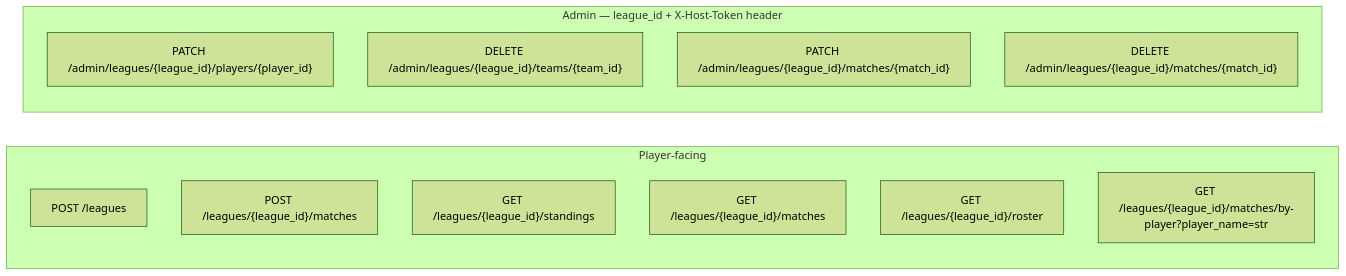
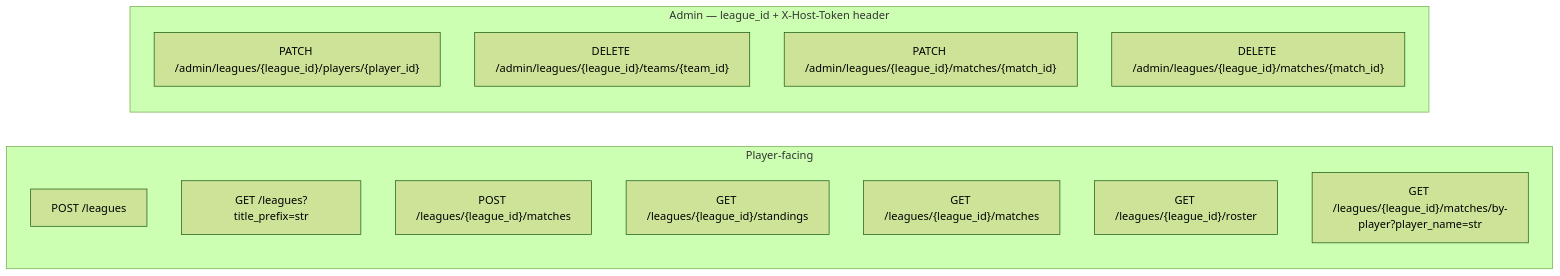
The diagram in Design_Doc/TLMB_Design_doc/13_api_contracts.md (swjeong0825/TLMB_backend_main), drawn with Mermaid (forest theme) before and after one commit. The commit also changed other lines of this file and 15 other files, not shown here.

````diff
--- a/Design_Doc/TLMB_Design_doc/13_api_contracts.md
+++ b/Design_Doc/TLMB_Design_doc/13_api_contracts.md
@@ -11,17 +12,18 @@
 ```mermaid
 flowchart LR
     subgraph player [Player-facing]
         P1["POST /leagues"]
+        P1b["GET /leagues?title_prefix=str"]
         P2["POST /leagues/{league_id}/matches"]
         P3["GET /leagues/{league_id}/standings"]
         P4["GET /leagues/{league_id}/matches"]
         P5["GET /leagues/{league_id}/roster"]
         P6["GET /leagues/{league_id}/matches/by-player?player_name=str"]
     end
     subgraph admin ["Admin — league_id + X-Host-Token header"]
         A1["PATCH /admin/leagues/{league_id}/players/{player_id}"]
         A2["DELETE /admin/leagues/{league_id}/teams/{team_id}"]
         A3["PATCH /admin/leagues/{league_id}/matches/{match_id}"]
         A4["DELETE /admin/leagues/{league_id}/matches/{match_id}"]
     end
 ```
````
